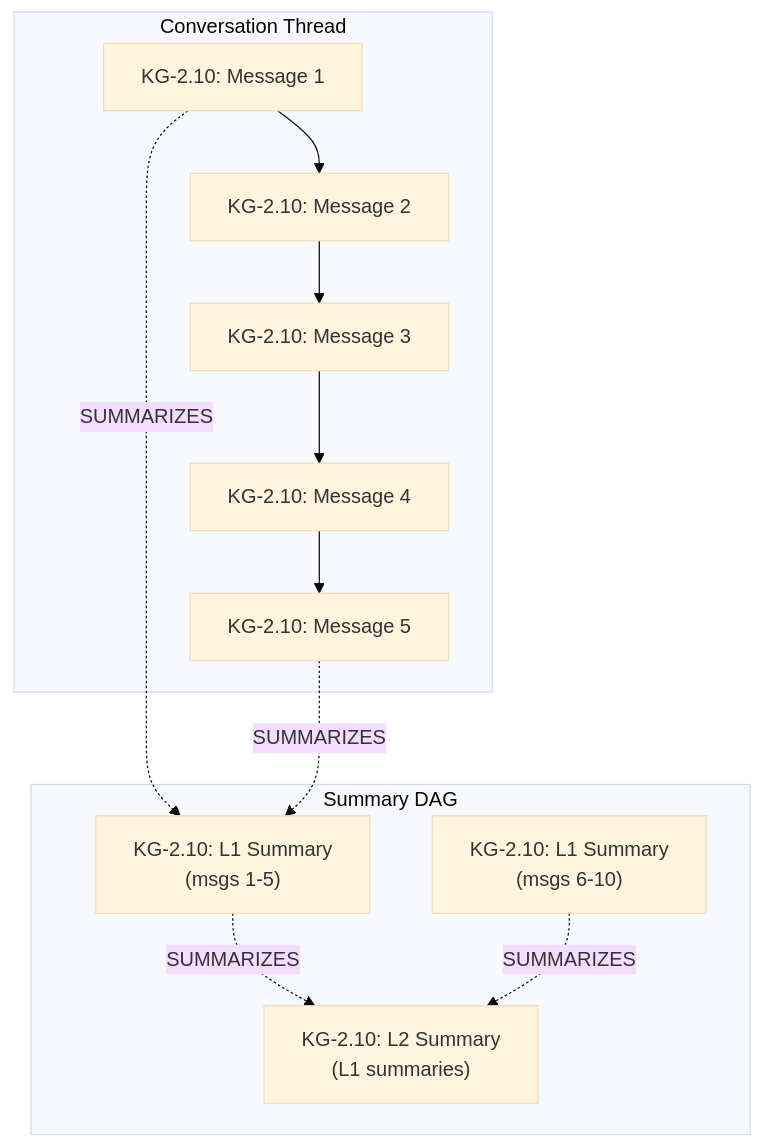
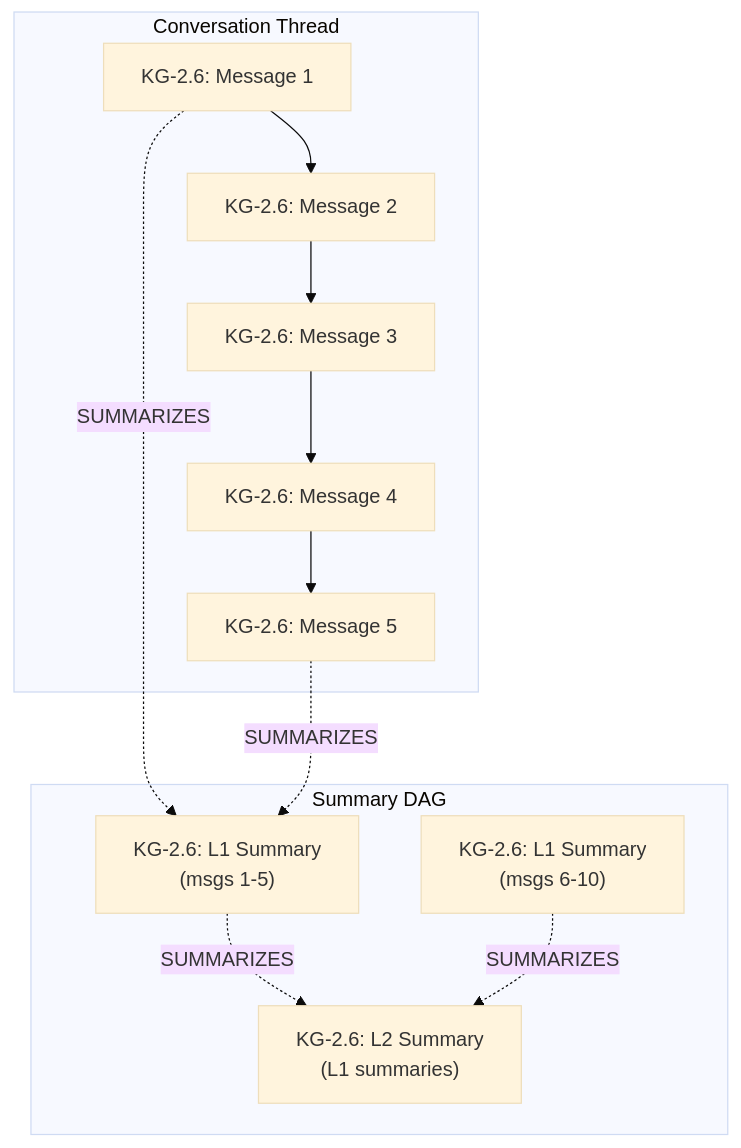
Before and after one commit to Knuckles-Team/agent-utilities: the diagram in docs/guides/lcm_memory.md, drawn with Mermaid (base theme). The commit also changed other lines of this file and 556 other files, not shown here.

````diff
--- a/docs/guides/lcm_memory.md
+++ b/docs/guides/lcm_memory.md
@@ -13,20 +13,20 @@
 ```mermaid
 flowchart TD
     subgraph Thread["Conversation Thread"]
-        M1[KG-2.10: Message 1] --> M2[KG-2.10: Message 2]
-        M2 --> M3[KG-2.10: Message 3]
-        M3 --> M4[KG-2.10: Message 4]
-        M4 --> M5[KG-2.10: Message 5]
+        M1[KG-2.6: Message 1] --> M2[KG-2.6: Message 2]
+        M2 --> M3[KG-2.6: Message 3]
+        M3 --> M4[KG-2.6: Message 4]
+        M4 --> M5[KG-2.6: Message 5]
     end
 
     subgraph DAG["Summary DAG"]
-        S1["KG-2.10: L1 Summary\n(msgs 1-5)"]
-        S2["KG-2.10: L1 Summary\n(msgs 6-10)"]
-        S3["KG-2.10: L2 Summary\n(L1 summaries)"]
+        S1["KG-2.6: L1 Summary\n(msgs 1-5)"]
+        S2["KG-2.6: L1 Summary\n(msgs 6-10)"]
+        S3["KG-2.6: L2 Summary\n(L1 summaries)"]
     end
 
     M1 -.->|SUMMARIZES| S1
     M5 -.->|SUMMARIZES| S1
     S1 -.->|SUMMARIZES| S3
     S2 -.->|SUMMARIZES| S3
 ```
````
